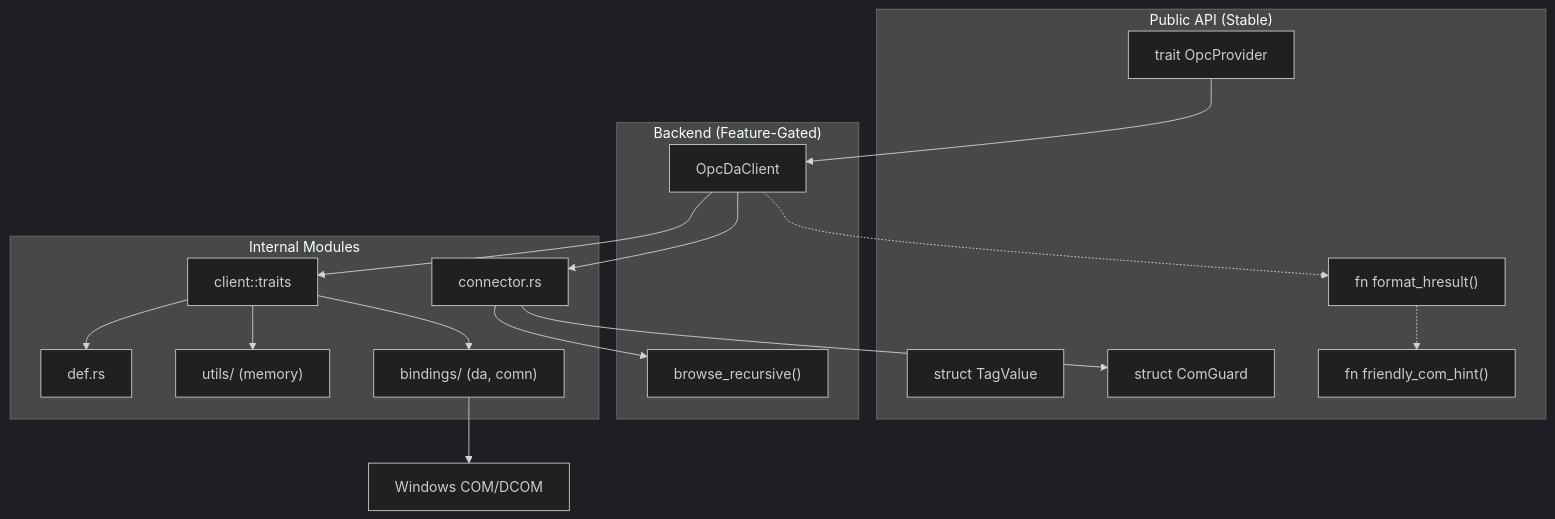
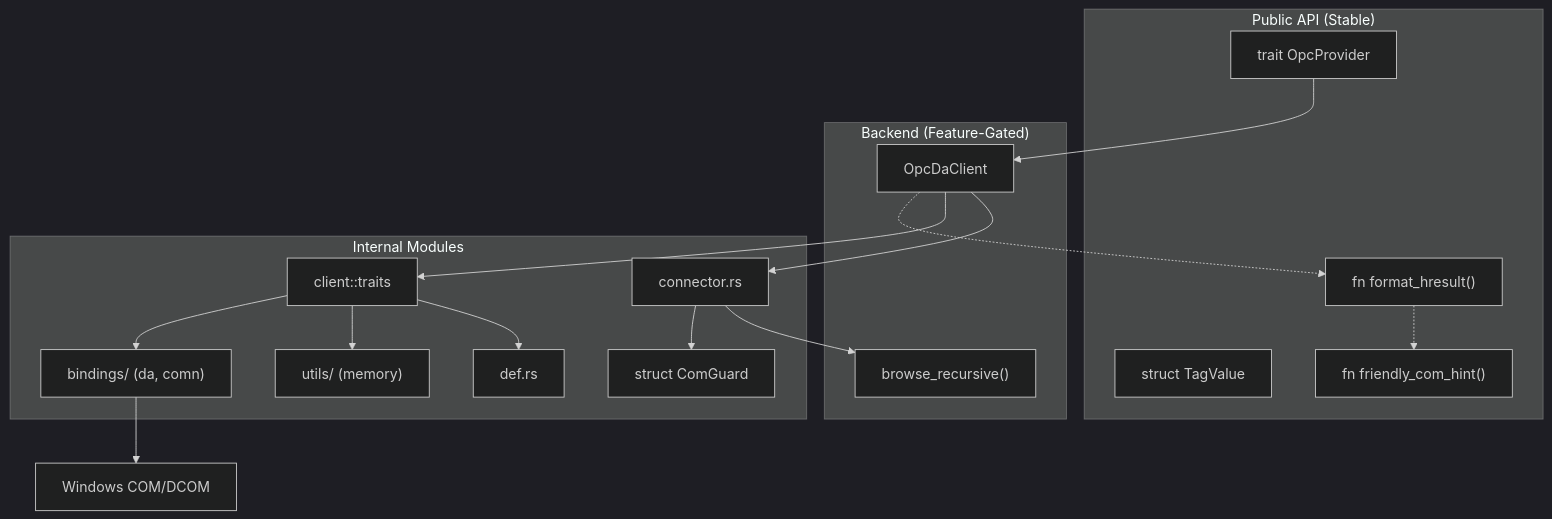
One commit to wends155/opc-cli changed the diagram in opc-da-client/architecture.md. Above: the diagram before and after it, drawn with Mermaid (dark theme). The commit also changed other lines of this file and 8 other files, not shown here.

Commit message:
refactor: internalize ComGuard and update documentation

````diff
--- a/opc-da-client/architecture.md
+++ b/opc-da-client/architecture.md
@@ -173,34 +173,34 @@
 ```mermaid
 graph TD
     subgraph "Public API (Stable)"
         Trait["trait OpcProvider"]
         TagValue["struct TagValue"]
-        Guard["struct ComGuard"]
         Hint["fn friendly_com_hint()"]
         FmtHR["fn format_hresult()"]
     end
 
     subgraph "Backend (Feature-Gated)"
         Wrapper["OpcDaClient"]
         Browse["browse_recursive()"]
     end
 
     subgraph "Internal Modules"
+        Guard["struct ComGuard"]
         ClientTraits["client::traits"]
         Defs["def.rs"]
         Utils["utils/ (memory)"]
         Bindings["bindings/ (da, comn)"]
         Connector["connector.rs"]
     end
 
     Trait --> Wrapper
     Wrapper --> Connector
     Connector --> Browse
     Connector --> Guard
     Wrapper --> ClientTraits
     ClientTraits --> Defs & Utils
     ClientTraits --> Bindings
     Bindings --> WinCOM["Windows COM/DCOM"]
     Wrapper -.-> FmtHR
     FmtHR -.-> Hint
 ```
````
